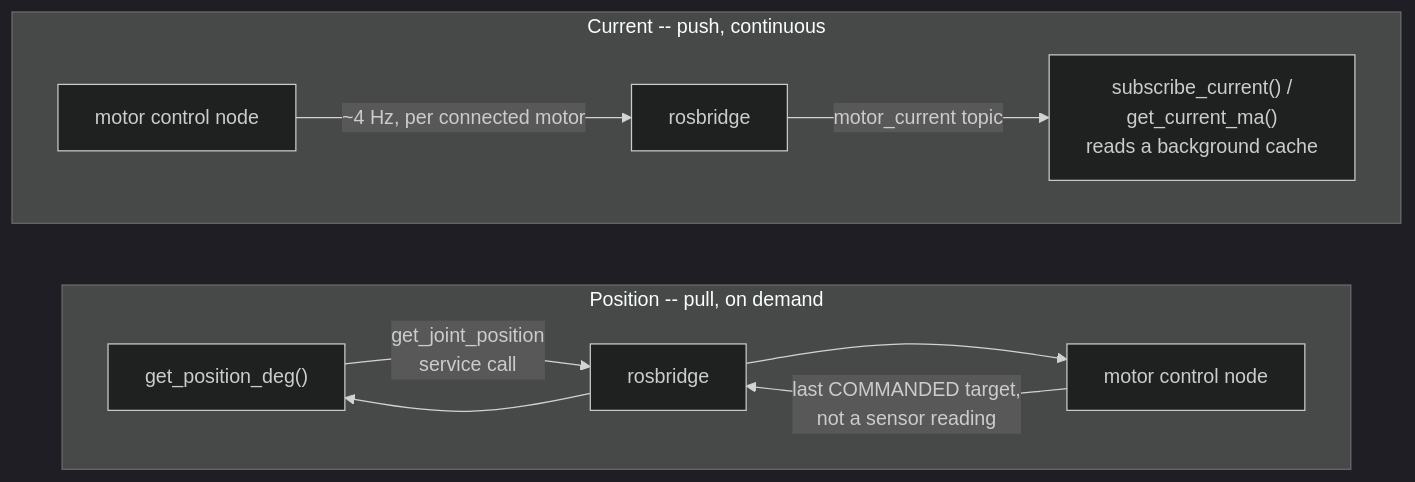
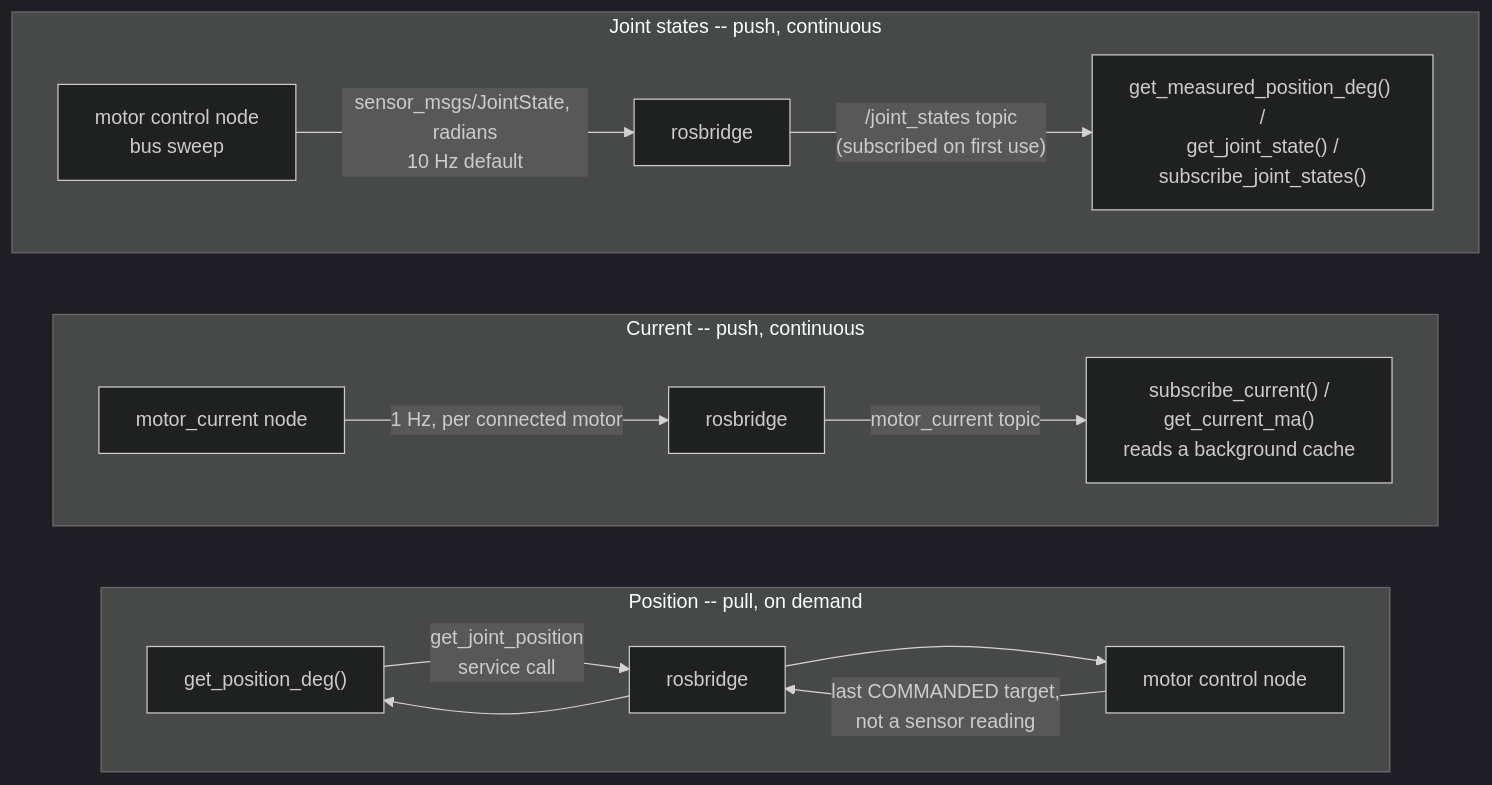
One commit to pib-rocks/pib-sdk changed the tenth of 11 diagrams in docs/ARCHITECTURE.md. Above: the diagram before and after it, drawn with Mermaid (dark theme). The commit also changed other lines of this file and 4 other files, not shown here.

First line of the commit message:
Telemetry: read measured joint states from /joint_states

````diff
--- a/docs/ARCHITECTURE.md
+++ b/docs/ARCHITECTURE.md
@@ -461,14 +461,20 @@
 ```mermaid
 flowchart LR
     subgraph POS["Position -- pull, on demand"]
         direction LR
         T1["get_position_deg()"] -->|"get_joint_position\nservice call"| RB1["rosbridge"] --> M1["motor control node"]
         M1 -->|"last COMMANDED target,\nnot a sensor reading"| RB1 --> T1
     end
 
     subgraph CUR["Current -- push, continuous"]
         direction LR
-        M2["motor control node"] -->|"~4 Hz, per connected motor"| RB2["rosbridge"]
+        M2["motor_current node"] -->|"1 Hz, per connected motor"| RB2["rosbridge"]
         RB2 -->|"motor_current topic"| T2["subscribe_current() /\nget_current_ma()\nreads a background cache"]
     end
+
+    subgraph JS["Joint states -- push, continuous"]
+        direction LR
+        M3["motor control node\nbus sweep"] -->|"sensor_msgs/JointState, radians\n10 Hz default"| RB3["rosbridge"]
+        RB3 -->|"/joint_states topic\n(subscribed on first use)"| T3["get_measured_position_deg() /\nget_joint_state() /\nsubscribe_joint_states()"]
+    end
 ```
````
